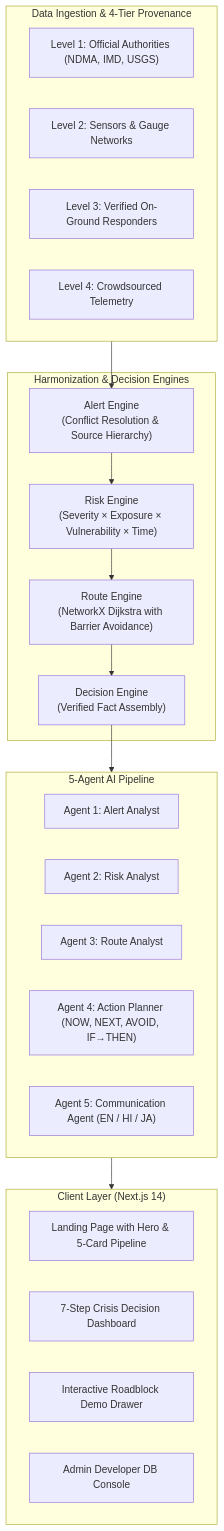
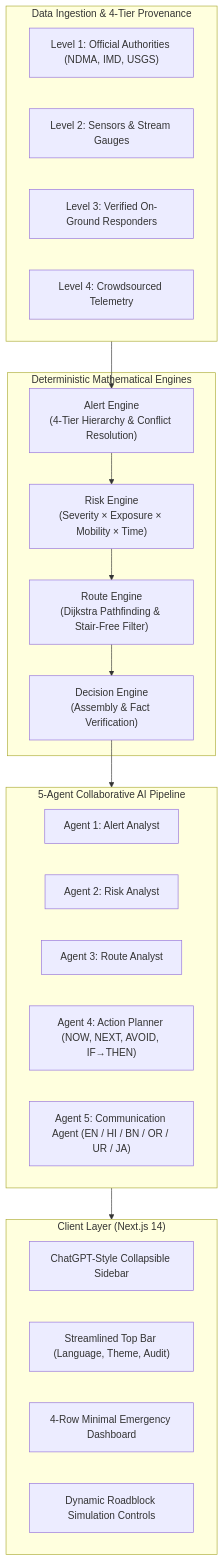
Before and after one commit to basu0-1/act-crisis-translator: the diagram in README.md, drawn with Mermaid. The commit also changed other lines of this file, not shown here.

````diff
--- a/README.md
+++ b/README.md
@@ -31,38 +54,38 @@
 ```mermaid
 flowchart TD
     subgraph S1["Data Ingestion & 4-Tier Provenance"]
         A1["Level 1: Official Authorities (NDMA, IMD, USGS)"]
-        A2["Level 2: Sensors & Gauge Networks"]
+        A2["Level 2: Sensors & Stream Gauges"]
         A3["Level 3: Verified On-Ground Responders"]
         A4["Level 4: Crowdsourced Telemetry"]
     end
 
-    subgraph S2["Harmonization & Decision Engines"]
-        E1["Alert Engine\n(Conflict Resolution & Source Hierarchy)"]
-        E2["Risk Engine\n(Severity × Exposure × Vulnerability × Time)"]
-        E3["Route Engine\n(NetworkX Dijkstra with Barrier Avoidance)"]
-        E4["Decision Engine\n(Verified Fact Assembly)"]
+    subgraph S2["Deterministic Mathematical Engines"]
+        E1["Alert Engine\n(4-Tier Hierarchy & Conflict Resolution)"]
+        E2["Risk Engine\n(Severity × Exposure × Mobility × Time)"]
+        E3["Route Engine\n(Dijkstra Pathfinding & Stair-Free Filter)"]
+        E4["Decision Engine\n(Assembly & Fact Verification)"]
     end
 
-    subgraph S3["5-Agent AI Pipeline"]
+    subgraph S3["5-Agent Collaborative AI Pipeline"]
         AG1["Agent 1: Alert Analyst"]
         AG2["Agent 2: Risk Analyst"]
         AG3["Agent 3: Route Analyst"]
         AG4["Agent 4: Action Planner (NOW, NEXT, AVOID, IF→THEN)"]
-        AG5["Agent 5: Communication Agent (EN / HI / JA)"]
+        AG5["Agent 5: Communication Agent (EN / HI / BN / OR / UR / JA)"]
     end
 
     subgraph S4["Client Layer (Next.js 14)"]
-        UI1["Landing Page with Hero & 5-Card Pipeline"]
-        UI2["7-Step Crisis Decision Dashboard"]
-        UI3["Interactive Roadblock Demo Drawer"]
-        UI4["Admin Developer DB Console"]
+        UI1["ChatGPT-Style Collapsible Sidebar"]
+        UI2["Streamlined Top Bar (Language, Theme, Audit)"]
+        UI3["4-Row Minimal Emergency Dashboard"]
+        UI4["Dynamic Roadblock Simulation Controls"]
     end
 
     S1 --> E1
     E1 --> E2
     E2 --> E3
     E3 --> E4
     E4 --> S3
     S3 --> S4
 ```
````
